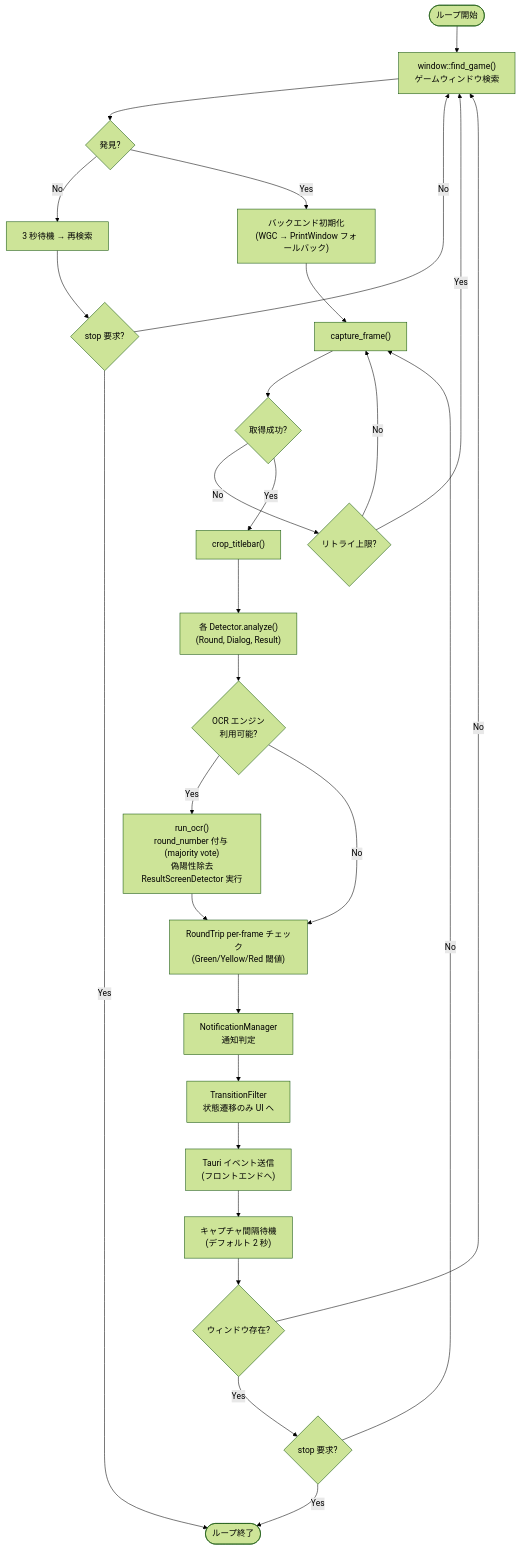
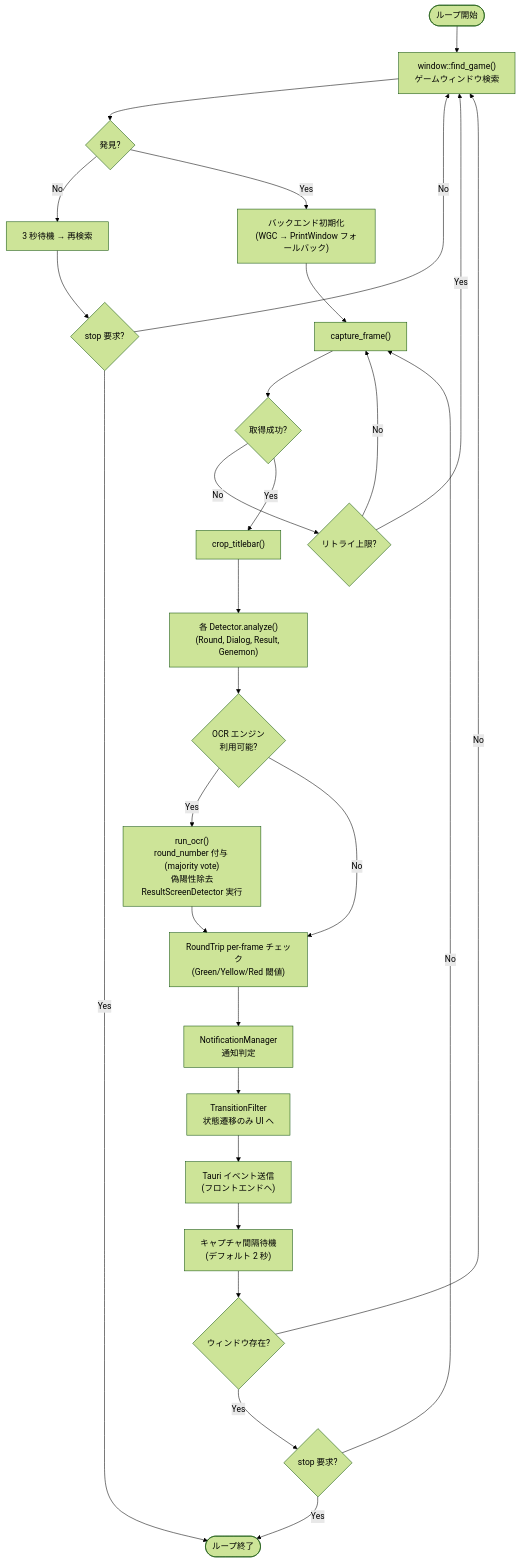
The second of 2 diagrams in docs/specs/components/app.md (naa0yama/dna-assistant), drawn with Mermaid (forest theme) before and after one commit. The commit also changed other lines of this file and 14 other files, not shown here.

First line of the commit message:
feat: add GenemonDetector for quest liberation OCR detection (#199)

````diff
--- a/docs/specs/components/app.md
+++ b/docs/specs/components/app.md
@@ -55,30 +55,30 @@
 ```mermaid
 flowchart TD
     START([ループ開始]) --> FIND["window::find_game()\nゲームウィンドウ検索"]
     FIND --> FOUND{"発見?"}
     FOUND -- No --> WAIT_FIND["3 秒待機 → 再検索"]
     WAIT_FIND --> STOP_CHECK_1{"stop 要求?"}
     STOP_CHECK_1 -- Yes --> EXIT([ループ終了])
     STOP_CHECK_1 -- No --> FIND
     FOUND -- Yes --> BACKEND["バックエンド初期化\n(WGC → PrintWindow フォールバック)"]
     BACKEND --> CAPTURE["capture_frame()"]
     CAPTURE --> SUCCESS{"取得成功?"}
     SUCCESS -- No --> RETRY{"リトライ上限?"}
     RETRY -- No --> CAPTURE
     RETRY -- Yes --> FIND
     SUCCESS -- Yes --> TITLEBAR["crop_titlebar()"]
-    TITLEBAR --> DETECT["各 Detector.analyze()\n(Round, Dialog, Result)"]
+    TITLEBAR --> DETECT["各 Detector.analyze()\n(Round, Dialog, Result, Genemon)"]
     DETECT --> OCR{"OCR エンジン\n利用可能?"}
     OCR -- Yes --> OCR_RUN["run_ocr()\nround_number 付与 (majority vote)\n偽陽性除去\nResultScreenDetector 実行"]
     OCR -- No --> ROUNDTRIP["RoundTrip per-frame チェック\n(Green/Yellow/Red 閾値)"]
     OCR_RUN --> ROUNDTRIP
     ROUNDTRIP --> NOTIFY["NotificationManager\n通知判定"]
     NOTIFY --> TRANSITION["TransitionFilter\n状態遷移のみ UI へ"]
     TRANSITION --> EMIT["Tauri イベント送信\n(フロントエンドへ)"]
     EMIT --> INTERVAL["キャプチャ間隔待機\n(デフォルト 2 秒)"]
     INTERVAL --> ALIVE{"ウィンドウ存在?"}
     ALIVE -- Yes --> STOP_CHECK_2{"stop 要求?"}
     ALIVE -- No --> FIND
     STOP_CHECK_2 -- Yes --> EXIT
     STOP_CHECK_2 -- No --> CAPTURE
 ```
````
